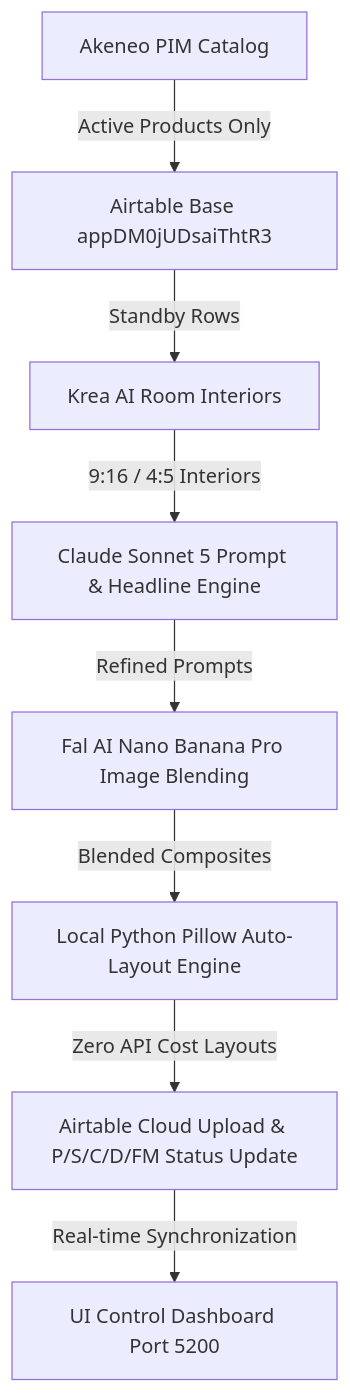
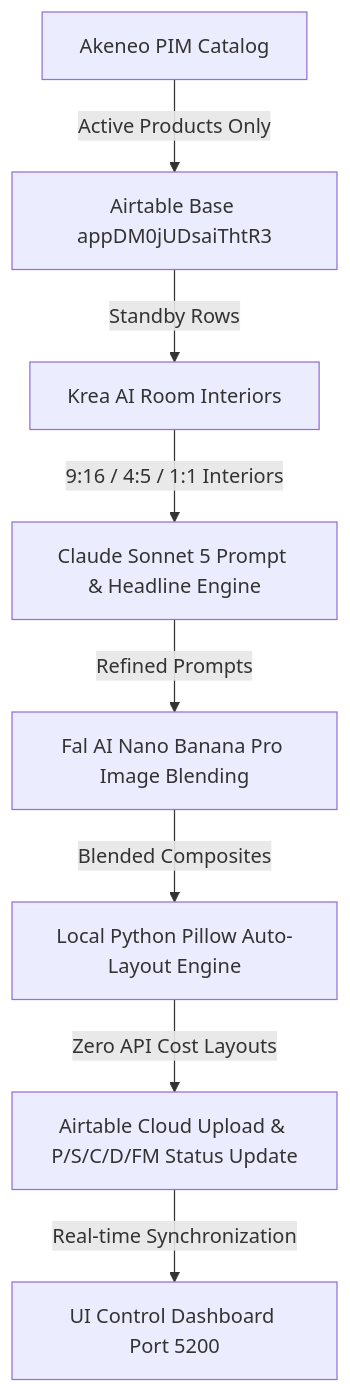
Before and after one commit to homecartelmarketing-lgtm/marketing-automation: the diagram in README.md, drawn with Mermaid. The commit also changed other lines of this file and 44 other files, not shown here.

````diff
--- a/README.md
+++ b/README.md
@@ -110,10 +119,10 @@
 ```mermaid
 graph TD
     A[Akeneo PIM Catalog] -->|Active Products Only| B[Airtable Base appDM0jUDsaiThtR3]
     B -->|Standby Rows| C[Krea AI Room Interiors]
-    C -->|9:16 / 4:5 Interiors| D[Claude Sonnet 5 Prompt & Headline Engine]
+    C -->|9:16 / 4:5 / 1:1 Interiors| D[Claude Sonnet 5 Prompt & Headline Engine]
     D -->|Refined Prompts| E[Fal AI Nano Banana Pro Image Blending]
     E -->|Blended Composites| F[Local Python Pillow Auto-Layout Engine]
     F -->|Zero API Cost Layouts| G[Airtable Cloud Upload & P/S/C/D/FM Status Update]
     G -->|Real-time Synchronization| H[UI Control Dashboard Port 5200]
 ```
````
